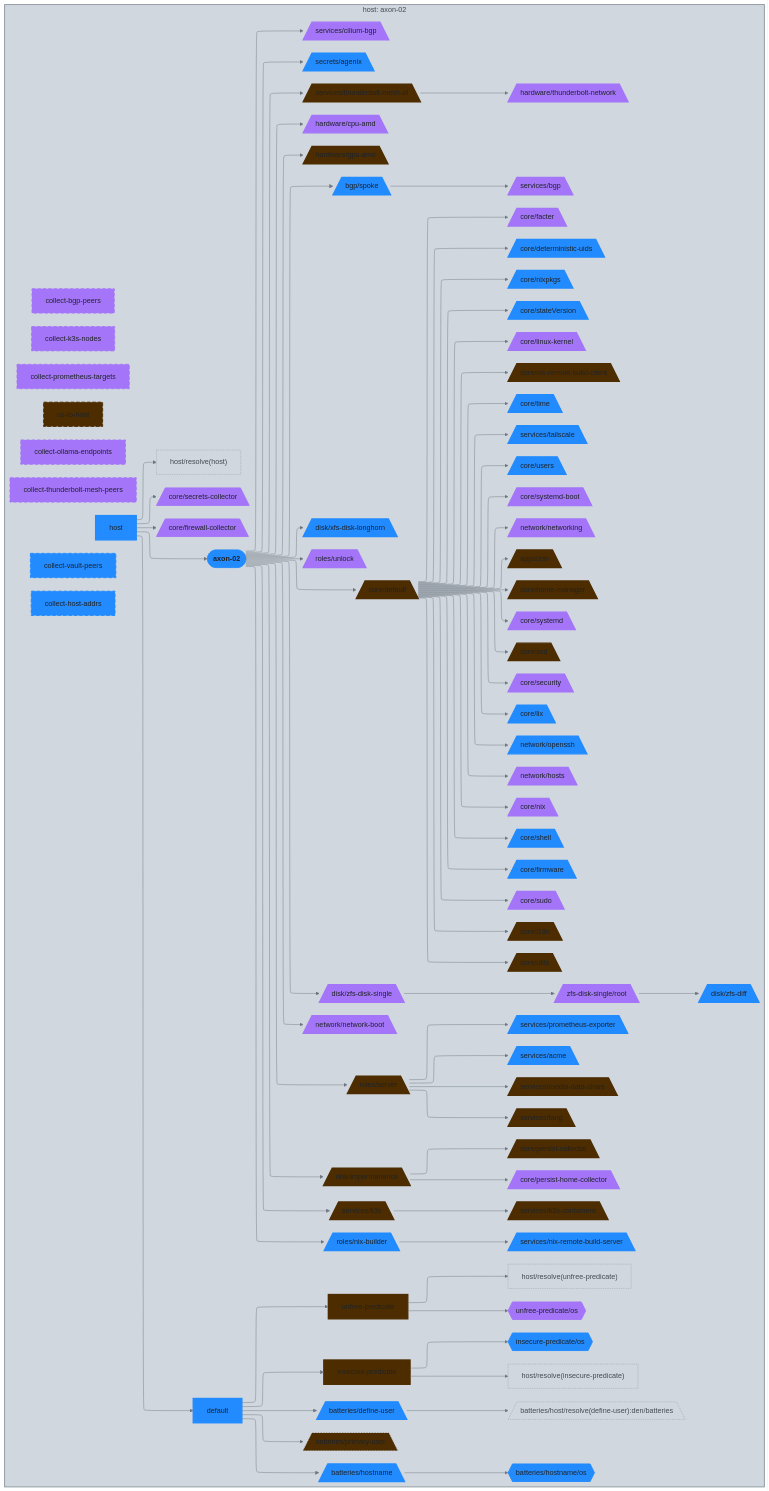
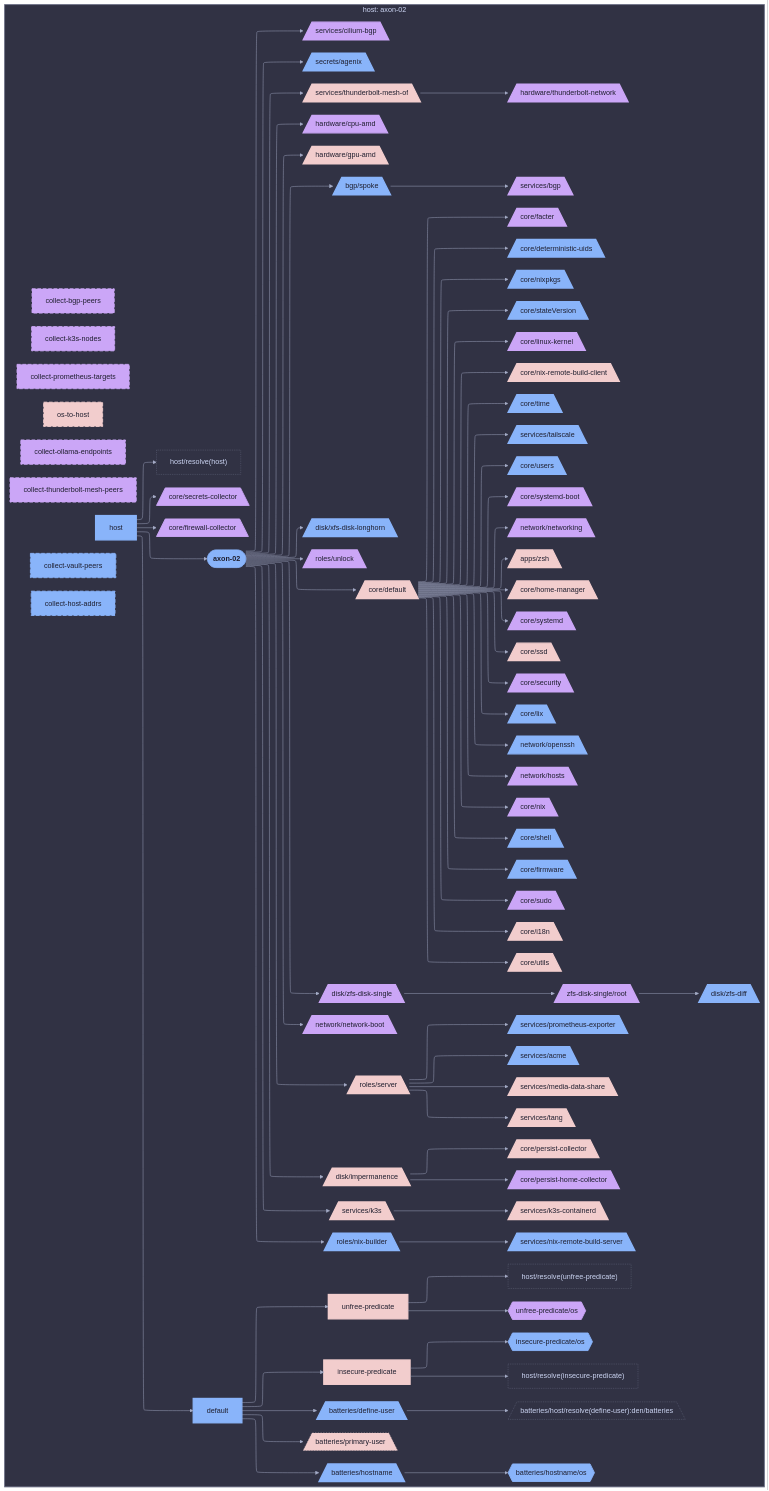
Before and after one commit to sini/nix-config: the diagram in diagrams/hosts/axon-02/dag.md, drawn with Mermaid. The commit also changed 142 other files, not shown here.

First line of the commit message:
feat(diagrams): use projectScope for per-host/user views

````diff
--- a/diagrams/hosts/axon-02/dag.md
+++ b/diagrams/hosts/axon-02/dag.md
@@ -5,5 +5,5 @@
 ```mermaid
-%%{init: {"elk":{"mergeEdges":true,"nodePlacementStrategy":"BRANDES_KOEPF"},"flowchart":{"wrappingWidth":600},"layout":"elk","theme":"base","themeVariables":{"activationBkgColor":"#d0d7de","activationBorderColor":"#8c959f","actorBkg":"#d0d7de","actorBorder":"#6e7781","actorLineColor":"#6e7781","actorTextColor":"#424a53","background":"#eaeef2","classText":"#424a53","clusterBkg":"#d0d7de","clusterBorder":"#8c959f","edgeLabelBackground":"#eaeef2","labelBoxBkgColor":"#d0d7de","labelBoxBorderColor":"#6e7781","labelTextColor":"#424a53","lineColor":"#6e7781","loopTextColor":"#424a53","mainBkg":"#d0d7de","nodeBkg":"#d0d7de","nodeBorder":"#6e7781","nodeTextColor":"#424a53","noteBkgColor":"#d0d7de","noteBorderColor":"#8c959f","noteTextColor":"#424a53","pie1":"#fa4549","pie2":"#e16f24","pie3":"#bf8700","pie4":"#2da44e","pie5":"#339D9B","pie6":"#218bff","pie7":"#a475f9","pie8":"#4d2d00","pieLegendTextColor":"#424a53","pieOuterStrokeColor":"#8c959f","pieSectionTextColor":"#424a53","pieStrokeColor":"#8c959f","pieTitleTextColor":"#424a53","primaryBorderColor":"#6e7781","primaryColor":"#d0d7de","primaryTextColor":"#424a53","secondBkg":"#d0d7de","secondaryBorderColor":"#8c959f","secondaryColor":"#d0d7de","secondaryTextColor":"#424a53","sequenceNumberColor":"#eaeef2","signalColor":"#6e7781","signalTextColor":"#424a53","tertiaryBorderColor":"#8c959f","tertiaryColor":"#d0d7de","tertiaryTextColor":"#424a53","textColor":"#424a53","titleColor":"#424a53"}}}%%
+%%{init: {"elk":{"mergeEdges":true,"nodePlacementStrategy":"BRANDES_KOEPF"},"flowchart":{"wrappingWidth":600},"layout":"elk","theme":"base","themeVariables":{"activationBkgColor":"#313244","activationBorderColor":"#6c7086","actorBkg":"#313244","actorBorder":"#a6adc8","actorLineColor":"#a6adc8","actorTextColor":"#cdd6f4","background":"#1e1e2e","classText":"#cdd6f4","clusterBkg":"#313244","clusterBorder":"#6c7086","edgeLabelBackground":"#1e1e2e","labelBoxBkgColor":"#313244","labelBoxBorderColor":"#a6adc8","labelTextColor":"#cdd6f4","lineColor":"#a6adc8","loopTextColor":"#cdd6f4","mainBkg":"#313244","nodeBkg":"#313244","nodeBorder":"#a6adc8","nodeTextColor":"#cdd6f4","noteBkgColor":"#313244","noteBorderColor":"#6c7086","noteTextColor":"#cdd6f4","pie1":"#f38ba8","pie2":"#fab387","pie3":"#f9e2af","pie4":"#a6e3a1","pie5":"#94e2d5","pie6":"#89b4fa","pie7":"#cba6f7","pie8":"#f2cdcd","pieLegendTextColor":"#cdd6f4","pieOuterStrokeColor":"#6c7086","pieSectionTextColor":"#cdd6f4","pieStrokeColor":"#6c7086","pieTitleTextColor":"#cdd6f4","primaryBorderColor":"#a6adc8","primaryColor":"#313244","primaryTextColor":"#cdd6f4","secondBkg":"#313244","secondaryBorderColor":"#6c7086","secondaryColor":"#313244","secondaryTextColor":"#cdd6f4","sequenceNumberColor":"#1e1e2e","signalColor":"#a6adc8","signalTextColor":"#cdd6f4","tertiaryBorderColor":"#6c7086","tertiaryColor":"#313244","tertiaryTextColor":"#cdd6f4","textColor":"#cdd6f4","titleColor":"#cdd6f4"}}}%%
 graph LR
   axon_02([axon-02]):::root
 
@@ -155,91 +155,91 @@
   end
 
 
-  classDef root fill:#218bff,stroke:#218bff,color:#1f2328,font-weight:bold
-  classDef services__acme_c fill:#218bff,stroke:#218bff,color:#1f2328,stroke-width:3px
-  classDef secrets__agenix_c fill:#218bff,stroke:#218bff,color:#1f2328,stroke-width:3px
-  classDef apps_c fill:#2da44e,stroke:#2da44e,color:#1f2328,stroke-dasharray: 3 3,stroke-width:1px
-  classDef axon_02_c fill:#a475f9,stroke:#a475f9,color:#1f2328,stroke-width:3px
-  classDef services__bgp_c fill:#a475f9,stroke:#a475f9,color:#1f2328,stroke-width:3px
-  classDef services__cilium_bgp_c fill:#a475f9,stroke:#a475f9,color:#1f2328,stroke-width:3px
-  classDef collect_bgp_peers_c fill:#a475f9,stroke:#a475f9,color:#1f2328,stroke-width:2px,stroke-dasharray: 8 4
-  classDef collect_host_addrs_c fill:#218bff,stroke:#218bff,color:#1f2328,stroke-width:2px,stroke-dasharray: 8 4
-  classDef collect_k3s_nodes_c fill:#a475f9,stroke:#a475f9,color:#1f2328,stroke-width:2px,stroke-dasharray: 8 4
-  classDef collect_ollama_endpoints_c fill:#a475f9,stroke:#a475f9,color:#1f2328,stroke-width:2px,stroke-dasharray: 8 4
-  classDef collect_prometheus_targets_c fill:#a475f9,stroke:#a475f9,color:#1f2328,stroke-width:2px,stroke-dasharray: 8 4
-  classDef collect_thunderbolt_mesh_peers_c fill:#a475f9,stroke:#a475f9,color:#1f2328,stroke-width:2px,stroke-dasharray: 8 4
-  classDef collect_vault_peers_c fill:#218bff,stroke:#218bff,color:#1f2328,stroke-width:2px,stroke-dasharray: 8 4
-  classDef core_c fill:#bf8700,stroke:#bf8700,color:#1f2328,stroke-dasharray: 3 3,stroke-width:1px
-  classDef hardware__cpu_amd_c fill:#a475f9,stroke:#a475f9,color:#1f2328,stroke-width:3px
-  classDef core__default_c fill:#4d2d00,stroke:#4d2d00,color:#1f2328,stroke-width:3px
-  classDef n_default_c fill:#218bff,stroke:#218bff,color:#1f2328,stroke-width:3px
-  classDef den__batteries__define_user_c fill:#218bff,stroke:#218bff,color:#1f2328,stroke-width:3px
-  classDef core__deterministic_uids_c fill:#218bff,stroke:#218bff,color:#1f2328,stroke-width:3px
-  classDef disk_c fill:#2da44e,stroke:#2da44e,color:#1f2328,stroke-dasharray: 3 3,stroke-width:1px
-  classDef core__facter_c fill:#a475f9,stroke:#a475f9,color:#1f2328,stroke-width:3px
-  classDef core__firewall_collector_c fill:#a475f9,stroke:#a475f9,color:#1f2328,stroke-width:2px
-  classDef core__firmware_c fill:#218bff,stroke:#218bff,color:#1f2328,stroke-width:3px
-  classDef hardware__gpu_amd_c fill:#4d2d00,stroke:#4d2d00,color:#1f2328,stroke-width:3px
-  classDef hardware_c fill:#2da44e,stroke:#2da44e,color:#1f2328,stroke-dasharray: 3 3,stroke-width:1px
-  classDef core__home_manager_c fill:#4d2d00,stroke:#4d2d00,color:#1f2328,stroke-width:3px
-  classDef host_c fill:#218bff,stroke:#218bff,color:#1f2328,stroke-width:3px
-  classDef den__batteries__host__resolve_define_user__den__batteries_c fill:#d0d7de,stroke:#8c959f,color:#424a53,stroke-dasharray: 2 2,stroke-width:1px
-  classDef host__resolve_host__c fill:#d0d7de,stroke:#8c959f,color:#424a53,stroke-dasharray: 2 2,stroke-width:1px
-  classDef host__resolve_insecure_predicate__c fill:#d0d7de,stroke:#8c959f,color:#424a53,stroke-dasharray: 2 2,stroke-width:1px
-  classDef host__resolve_unfree_predicate__c fill:#d0d7de,stroke:#8c959f,color:#424a53,stroke-dasharray: 2 2,stroke-width:1px
-  classDef den__batteries__hostname_c fill:#218bff,stroke:#218bff,color:#1f2328,stroke-width:3px
-  classDef den__batteries__hostname__os_c fill:#218bff,stroke:#218bff,color:#1f2328,stroke-width:2px
-  classDef network__hosts_c fill:#a475f9,stroke:#a475f9,color:#1f2328,stroke-width:3px
-  classDef core__i18n_c fill:#4d2d00,stroke:#4d2d00,color:#1f2328,stroke-width:3px
-  classDef disk__impermanence_c fill:#4d2d00,stroke:#4d2d00,color:#1f2328,stroke-width:3px
-  classDef insecure_predicate_c fill:#4d2d00,stroke:#4d2d00,color:#1f2328,stroke-width:3px
-  classDef insecure_predicate__os_c fill:#218bff,stroke:#218bff,color:#1f2328,stroke-width:2px
-  classDef services__k3s_c fill:#4d2d00,stroke:#4d2d00,color:#1f2328,stroke-width:3px
-  classDef services__k3s_containerd_c fill:#4d2d00,stroke:#4d2d00,color:#1f2328,stroke-width:3px
-  classDef core__linux_kernel_c fill:#a475f9,stroke:#a475f9,color:#1f2328,stroke-width:3px
-  classDef core__lix_c fill:#218bff,stroke:#218bff,color:#1f2328,stroke-width:3px
-  classDef services__media_data_share_c fill:#4d2d00,stroke:#4d2d00,color:#1f2328,stroke-width:3px
-  classDef network_c fill:#e16f24,stroke:#e16f24,color:#1f2328,stroke-dasharray: 3 3,stroke-width:1px
-  classDef network__network_boot_c fill:#a475f9,stroke:#a475f9,color:#1f2328,stroke-width:3px
-  classDef network__networking_c fill:#a475f9,stroke:#a475f9,color:#1f2328,stroke-width:3px
-  classDef core__nix_c fill:#a475f9,stroke:#a475f9,color:#1f2328,stroke-width:3px
-  classDef roles__nix_builder_c fill:#218bff,stroke:#218bff,color:#1f2328,stroke-width:3px
-  classDef core__nix_remote_build_client_c fill:#4d2d00,stroke:#4d2d00,color:#1f2328,stroke-width:3px
-  classDef services__nix_remote_build_server_c fill:#218bff,stroke:#218bff,color:#1f2328,stroke-width:3px
-  classDef core__nixpkgs_c fill:#218bff,stroke:#218bff,color:#1f2328,stroke-width:3px
-  classDef network__openssh_c fill:#218bff,stroke:#218bff,color:#1f2328,stroke-width:3px
-  classDef os_to_host_c fill:#4d2d00,stroke:#4d2d00,color:#1f2328,stroke-width:2px,stroke-dasharray: 8 4
-  classDef core__persist_collector_c fill:#4d2d00,stroke:#4d2d00,color:#1f2328,stroke-width:3px
-  classDef core__persist_home_collector_c fill:#a475f9,stroke:#a475f9,color:#1f2328,stroke-width:3px
-  classDef den__batteries__primary_user_c fill:#4d2d00,stroke:#4d2d00,color:#1f2328,stroke-dasharray: 3 3,stroke-width:1px
-  classDef services__prometheus_exporter_c fill:#218bff,stroke:#218bff,color:#1f2328,stroke-width:3px
-  classDef roles_c fill:#2da44e,stroke:#2da44e,color:#1f2328,stroke-dasharray: 3 3,stroke-width:1px
-  classDef disk__zfs_disk_single__root_c fill:#a475f9,stroke:#a475f9,color:#1f2328,stroke-width:3px
-  classDef secrets_c fill:#bf8700,stroke:#bf8700,color:#1f2328,stroke-dasharray: 3 3,stroke-width:1px
-  classDef core__secrets_collector_c fill:#a475f9,stroke:#a475f9,color:#1f2328,stroke-width:2px
-  classDef core__security_c fill:#a475f9,stroke:#a475f9,color:#1f2328,stroke-width:3px
-  classDef roles__server_c fill:#4d2d00,stroke:#4d2d00,color:#1f2328,stroke-width:3px
-  classDef services_c fill:#2da44e,stroke:#2da44e,color:#1f2328,stroke-dasharray: 3 3,stroke-width:1px
-  classDef core__shell_c fill:#218bff,stroke:#218bff,color:#1f2328,stroke-width:3px
-  classDef services__bgp__spoke_c fill:#218bff,stroke:#218bff,color:#1f2328,stroke-width:3px
-  classDef core__ssd_c fill:#4d2d00,stroke:#4d2d00,color:#1f2328,stroke-width:3px
-  classDef core__stateVersion_c fill:#218bff,stroke:#218bff,color:#1f2328,stroke-width:3px
-  classDef core__sudo_c fill:#a475f9,stroke:#a475f9,color:#1f2328,stroke-width:3px
-  classDef core__systemd_c fill:#a475f9,stroke:#a475f9,color:#1f2328,stroke-width:3px
-  classDef core__systemd_boot_c fill:#a475f9,stroke:#a475f9,color:#1f2328,stroke-width:3px
-  classDef services__tailscale_c fill:#218bff,stroke:#218bff,color:#1f2328,stroke-width:3px
-  classDef services__tang_c fill:#4d2d00,stroke:#4d2d00,color:#1f2328,stroke-width:3px
-  classDef services__thunderbolt_mesh_of_c fill:#4d2d00,stroke:#4d2d00,color:#1f2328,stroke-width:3px
-  classDef hardware__thunderbolt_network_c fill:#a475f9,stroke:#a475f9,color:#1f2328,stroke-width:3px
-  classDef core__time_c fill:#218bff,stroke:#218bff,color:#1f2328,stroke-width:3px
-  classDef unfree_predicate_c fill:#4d2d00,stroke:#4d2d00,color:#1f2328,stroke-width:3px
-  classDef unfree_predicate__os_c fill:#a475f9,stroke:#a475f9,color:#1f2328,stroke-width:2px
-  classDef roles__unlock_c fill:#a475f9,stroke:#a475f9,color:#1f2328,stroke-width:3px
-  classDef core__users_c fill:#218bff,stroke:#218bff,color:#1f2328,stroke-width:3px
-  classDef core__utils_c fill:#4d2d00,stroke:#4d2d00,color:#1f2328,stroke-width:3px
-  classDef disk__xfs_disk_longhorn_c fill:#218bff,stroke:#218bff,color:#1f2328,stroke-width:3px
-  classDef disk__zfs_diff_c fill:#218bff,stroke:#218bff,color:#1f2328,stroke-width:3px
-  classDef disk__zfs_disk_single_c fill:#a475f9,stroke:#a475f9,color:#1f2328,stroke-width:3px
-  classDef apps__zsh_c fill:#4d2d00,stroke:#4d2d00,color:#1f2328,stroke-width:3px
-style ctx_host_axon_02 fill:#d0d7de,stroke:#8c959f,stroke-width:2px
+  classDef root fill:#89b4fa,stroke:#89b4fa,color:#1e1e2e,font-weight:bold
+  classDef services__acme_c fill:#89b4fa,stroke:#89b4fa,color:#1e1e2e,stroke-width:3px
+  classDef secrets__agenix_c fill:#89b4fa,stroke:#89b4fa,color:#1e1e2e,stroke-width:3px
+  classDef apps_c fill:#a6e3a1,stroke:#a6e3a1,color:#1e1e2e,stroke-dasharray: 3 3,stroke-width:1px
+  classDef axon_02_c fill:#cba6f7,stroke:#cba6f7,color:#1e1e2e,stroke-width:3px
+  classDef services__bgp_c fill:#cba6f7,stroke:#cba6f7,color:#1e1e2e,stroke-width:3px
+  classDef services__cilium_bgp_c fill:#cba6f7,stroke:#cba6f7,color:#1e1e2e,stroke-width:3px
+  classDef collect_bgp_peers_c fill:#cba6f7,stroke:#cba6f7,color:#1e1e2e,stroke-width:2px,stroke-dasharray: 8 4
+  classDef collect_host_addrs_c fill:#89b4fa,stroke:#89b4fa,color:#1e1e2e,stroke-width:2px,stroke-dasharray: 8 4
+  classDef collect_k3s_nodes_c fill:#cba6f7,stroke:#cba6f7,color:#1e1e2e,stroke-width:2px,stroke-dasharray: 8 4
+  classDef collect_ollama_endpoints_c fill:#cba6f7,stroke:#cba6f7,color:#1e1e2e,stroke-width:2px,stroke-dasharray: 8 4
+  classDef collect_prometheus_targets_c fill:#cba6f7,stroke:#cba6f7,color:#1e1e2e,stroke-width:2px,stroke-dasharray: 8 4
+  classDef collect_thunderbolt_mesh_peers_c fill:#cba6f7,stroke:#cba6f7,color:#1e1e2e,stroke-width:2px,stroke-dasharray: 8 4
+  classDef collect_vault_peers_c fill:#89b4fa,stroke:#89b4fa,color:#1e1e2e,stroke-width:2px,stroke-dasharray: 8 4
+  classDef core_c fill:#f9e2af,stroke:#f9e2af,color:#1e1e2e,stroke-dasharray: 3 3,stroke-width:1px
+  classDef hardware__cpu_amd_c fill:#cba6f7,stroke:#cba6f7,color:#1e1e2e,stroke-width:3px
+  classDef core__default_c fill:#f2cdcd,stroke:#f2cdcd,color:#1e1e2e,stroke-width:3px
+  classDef n_default_c fill:#89b4fa,stroke:#89b4fa,color:#1e1e2e,stroke-width:3px
+  classDef den__batteries__define_user_c fill:#89b4fa,stroke:#89b4fa,color:#1e1e2e,stroke-width:3px
+  classDef core__deterministic_uids_c fill:#89b4fa,stroke:#89b4fa,color:#1e1e2e,stroke-width:3px
+  classDef disk_c fill:#a6e3a1,stroke:#a6e3a1,color:#1e1e2e,stroke-dasharray: 3 3,stroke-width:1px
+  classDef core__facter_c fill:#cba6f7,stroke:#cba6f7,color:#1e1e2e,stroke-width:3px
+  classDef core__firewall_collector_c fill:#cba6f7,stroke:#cba6f7,color:#1e1e2e,stroke-width:2px
+  classDef core__firmware_c fill:#89b4fa,stroke:#89b4fa,color:#1e1e2e,stroke-width:3px
+  classDef hardware__gpu_amd_c fill:#f2cdcd,stroke:#f2cdcd,color:#1e1e2e,stroke-width:3px
+  classDef hardware_c fill:#a6e3a1,stroke:#a6e3a1,color:#1e1e2e,stroke-dasharray: 3 3,stroke-width:1px
+  classDef core__home_manager_c fill:#f2cdcd,stroke:#f2cdcd,color:#1e1e2e,stroke-width:3px
+  classDef host_c fill:#89b4fa,stroke:#89b4fa,color:#1e1e2e,stroke-width:3px
+  classDef den__batteries__host__resolve_define_user__den__batteries_c fill:#313244,stroke:#6c7086,color:#cdd6f4,stroke-dasharray: 2 2,stroke-width:1px
+  classDef host__resolve_host__c fill:#313244,stroke:#6c7086,color:#cdd6f4,stroke-dasharray: 2 2,stroke-width:1px
+  classDef host__resolve_insecure_predicate__c fill:#313244,stroke:#6c7086,color:#cdd6f4,stroke-dasharray: 2 2,stroke-width:1px
+  classDef host__resolve_unfree_predicate__c fill:#313244,stroke:#6c7086,color:#cdd6f4,stroke-dasharray: 2 2,stroke-width:1px
+  classDef den__batteries__hostname_c fill:#89b4fa,stroke:#89b4fa,color:#1e1e2e,stroke-width:3px
+  classDef den__batteries__hostname__os_c fill:#89b4fa,stroke:#89b4fa,color:#1e1e2e,stroke-width:2px
+  classDef network__hosts_c fill:#cba6f7,stroke:#cba6f7,color:#1e1e2e,stroke-width:3px
+  classDef core__i18n_c fill:#f2cdcd,stroke:#f2cdcd,color:#1e1e2e,stroke-width:3px
+  classDef disk__impermanence_c fill:#f2cdcd,stroke:#f2cdcd,color:#1e1e2e,stroke-width:3px
+  classDef insecure_predicate_c fill:#f2cdcd,stroke:#f2cdcd,color:#1e1e2e,stroke-width:3px
+  classDef insecure_predicate__os_c fill:#89b4fa,stroke:#89b4fa,color:#1e1e2e,stroke-width:2px
+  classDef services__k3s_c fill:#f2cdcd,stroke:#f2cdcd,color:#1e1e2e,stroke-width:3px
+  classDef services__k3s_containerd_c fill:#f2cdcd,stroke:#f2cdcd,color:#1e1e2e,stroke-width:3px
+  classDef core__linux_kernel_c fill:#cba6f7,stroke:#cba6f7,color:#1e1e2e,stroke-width:3px
+  classDef core__lix_c fill:#89b4fa,stroke:#89b4fa,color:#1e1e2e,stroke-width:3px
+  classDef services__media_data_share_c fill:#f2cdcd,stroke:#f2cdcd,color:#1e1e2e,stroke-width:3px
+  classDef network_c fill:#fab387,stroke:#fab387,color:#1e1e2e,stroke-dasharray: 3 3,stroke-width:1px
+  classDef network__network_boot_c fill:#cba6f7,stroke:#cba6f7,color:#1e1e2e,stroke-width:3px
+  classDef network__networking_c fill:#cba6f7,stroke:#cba6f7,color:#1e1e2e,stroke-width:3px
+  classDef core__nix_c fill:#cba6f7,stroke:#cba6f7,color:#1e1e2e,stroke-width:3px
+  classDef roles__nix_builder_c fill:#89b4fa,stroke:#89b4fa,color:#1e1e2e,stroke-width:3px
+  classDef core__nix_remote_build_client_c fill:#f2cdcd,stroke:#f2cdcd,color:#1e1e2e,stroke-width:3px
+  classDef services__nix_remote_build_server_c fill:#89b4fa,stroke:#89b4fa,color:#1e1e2e,stroke-width:3px
+  classDef core__nixpkgs_c fill:#89b4fa,stroke:#89b4fa,color:#1e1e2e,stroke-width:3px
+  classDef network__openssh_c fill:#89b4fa,stroke:#89b4fa,color:#1e1e2e,stroke-width:3px
+  classDef os_to_host_c fill:#f2cdcd,stroke:#f2cdcd,color:#1e1e2e,stroke-width:2px,stroke-dasharray: 8 4
+  classDef core__persist_collector_c fill:#f2cdcd,stroke:#f2cdcd,color:#1e1e2e,stroke-width:3px
+  classDef core__persist_home_collector_c fill:#cba6f7,stroke:#cba6f7,color:#1e1e2e,stroke-width:3px
+  classDef den__batteries__primary_user_c fill:#f2cdcd,stroke:#f2cdcd,color:#1e1e2e,stroke-dasharray: 3 3,stroke-width:1px
+  classDef services__prometheus_exporter_c fill:#89b4fa,stroke:#89b4fa,color:#1e1e2e,stroke-width:3px
+  classDef roles_c fill:#a6e3a1,stroke:#a6e3a1,color:#1e1e2e,stroke-dasharray: 3 3,stroke-width:1px
+  classDef disk__zfs_disk_single__root_c fill:#cba6f7,stroke:#cba6f7,color:#1e1e2e,stroke-width:3px
+  classDef secrets_c fill:#f9e2af,stroke:#f9e2af,color:#1e1e2e,stroke-dasharray: 3 3,stroke-width:1px
+  classDef core__secrets_collector_c fill:#cba6f7,stroke:#cba6f7,color:#1e1e2e,stroke-width:2px
+  classDef core__security_c fill:#cba6f7,stroke:#cba6f7,color:#1e1e2e,stroke-width:3px
+  classDef roles__server_c fill:#f2cdcd,stroke:#f2cdcd,color:#1e1e2e,stroke-width:3px
+  classDef services_c fill:#a6e3a1,stroke:#a6e3a1,color:#1e1e2e,stroke-dasharray: 3 3,stroke-width:1px
+  classDef core__shell_c fill:#89b4fa,stroke:#89b4fa,color:#1e1e2e,stroke-width:3px
+  classDef services__bgp__spoke_c fill:#89b4fa,stroke:#89b4fa,color:#1e1e2e,stroke-width:3px
+  classDef core__ssd_c fill:#f2cdcd,stroke:#f2cdcd,color:#1e1e2e,stroke-width:3px
+  classDef core__stateVersion_c fill:#89b4fa,stroke:#89b4fa,color:#1e1e2e,stroke-width:3px
+  classDef core__sudo_c fill:#cba6f7,stroke:#cba6f7,color:#1e1e2e,stroke-width:3px
+  classDef core__systemd_c fill:#cba6f7,stroke:#cba6f7,color:#1e1e2e,stroke-width:3px
+  classDef core__systemd_boot_c fill:#cba6f7,stroke:#cba6f7,color:#1e1e2e,stroke-width:3px
+  classDef services__tailscale_c fill:#89b4fa,stroke:#89b4fa,color:#1e1e2e,stroke-width:3px
+  classDef services__tang_c fill:#f2cdcd,stroke:#f2cdcd,color:#1e1e2e,stroke-width:3px
+  classDef services__thunderbolt_mesh_of_c fill:#f2cdcd,stroke:#f2cdcd,color:#1e1e2e,stroke-width:3px
+  classDef hardware__thunderbolt_network_c fill:#cba6f7,stroke:#cba6f7,color:#1e1e2e,stroke-width:3px
+  classDef core__time_c fill:#89b4fa,stroke:#89b4fa,color:#1e1e2e,stroke-width:3px
+  classDef unfree_predicate_c fill:#f2cdcd,stroke:#f2cdcd,color:#1e1e2e,stroke-width:3px
+  classDef unfree_predicate__os_c fill:#cba6f7,stroke:#cba6f7,color:#1e1e2e,stroke-width:2px
+  classDef roles__unlock_c fill:#cba6f7,stroke:#cba6f7,color:#1e1e2e,stroke-width:3px
+  classDef core__users_c fill:#89b4fa,stroke:#89b4fa,color:#1e1e2e,stroke-width:3px
+  classDef core__utils_c fill:#f2cdcd,stroke:#f2cdcd,color:#1e1e2e,stroke-width:3px
+  classDef disk__xfs_disk_longhorn_c fill:#89b4fa,stroke:#89b4fa,color:#1e1e2e,stroke-width:3px
+  classDef disk__zfs_diff_c fill:#89b4fa,stroke:#89b4fa,color:#1e1e2e,stroke-width:3px
+  classDef disk__zfs_disk_single_c fill:#cba6f7,stroke:#cba6f7,color:#1e1e2e,stroke-width:3px
+  classDef apps__zsh_c fill:#f2cdcd,stroke:#f2cdcd,color:#1e1e2e,stroke-width:3px
+style ctx_host_axon_02 fill:#313244,stroke:#6c7086,stroke-width:2px
 ```
````
